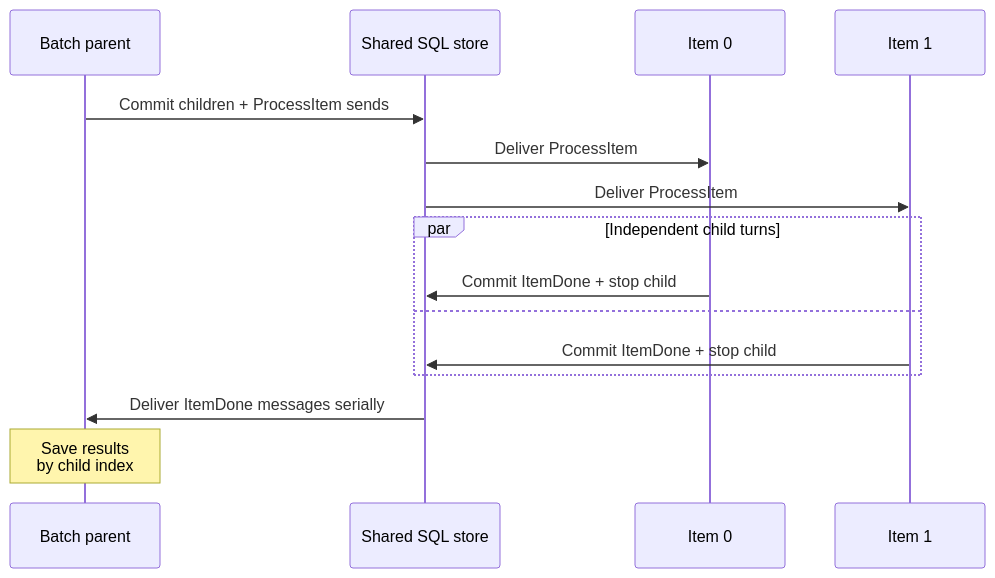
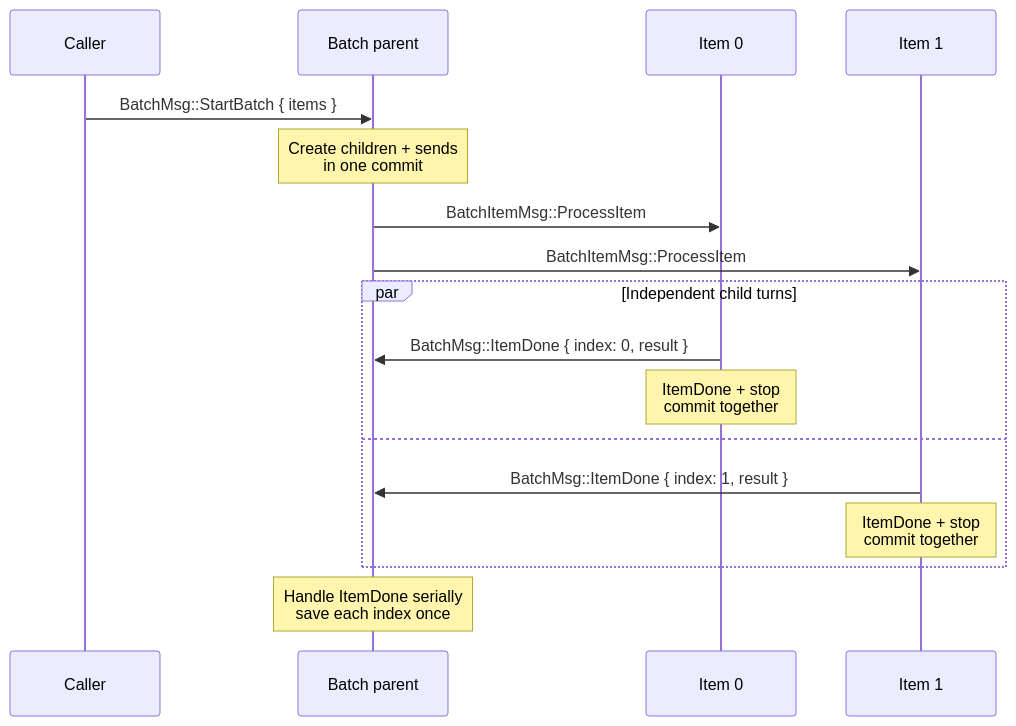
The second of 4 diagrams in docs/guide/patterns.md (helico-tech/cicada.rs), drawn with Mermaid before and after one commit. The commit also changed other lines of this file and 2 other files, not shown here.

Commit message:
docs: name messages on every actor diagram

````diff
--- a/docs/guide/patterns.md
+++ b/docs/guide/patterns.md
@@ -30,17 +43,19 @@
 ```mermaid
 sequenceDiagram
+    participant U as Caller
     participant P as Batch parent
-    participant S as Shared SQL store
     participant A as Item 0
     participant B as Item 1
-    P->>S: Commit children + ProcessItem sends
-    S->>A: Deliver ProcessItem
-    S->>B: Deliver ProcessItem
+    U->>P: BatchMsg::StartBatch { items }
+    Note over P: Create children + sends<br/>in one commit
+    P->>A: BatchItemMsg::ProcessItem
+    P->>B: BatchItemMsg::ProcessItem
     par Independent child turns
-        A->>S: Commit ItemDone + stop child
+        A->>P: BatchMsg::ItemDone { index: 0, result }
+        Note over A: ItemDone + stop<br/>commit together
     and
-        B->>S: Commit ItemDone + stop child
+        B->>P: BatchMsg::ItemDone { index: 1, result }
+        Note over B: ItemDone + stop<br/>commit together
     end
-    S->>P: Deliver ItemDone messages serially
-    Note over P: Save results<br/>by child index
+    Note over P: Handle ItemDone serially<br/>save each index once
 ```
````
